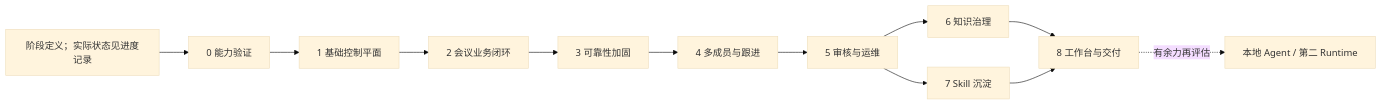
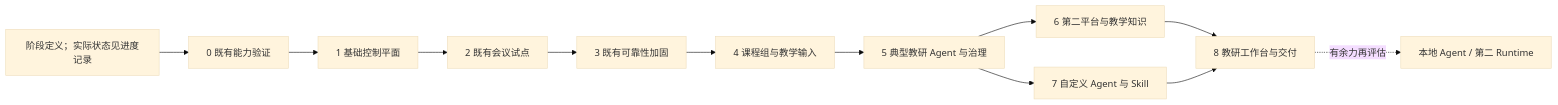
One commit to sixeat/FDE_Feisu_agents changed the fifth of 5 diagrams in docs/FDE-Agent-组织管理系统-计划书.md. Above: the diagram before and after it, drawn with Mermaid (base theme). The commit also changed other lines of this file and 2 other files, not shown here.

Commit message:
docs: pivot roadmap to teaching research agents

````diff
--- a/docs/FDE-Agent-组织管理系统-计划书.md
+++ b/docs/FDE-Agent-组织管理系统-计划书.md
@@ -1267,14 +1310,14 @@
 ```mermaid
 flowchart LR
-    D[阶段定义；实际状态见进度记录] --> V[0 能力验证]
+    D[阶段定义；实际状态见进度记录] --> V[0 既有能力验证]
     V --> C[1 基础控制平面]
-    C --> M[2 会议业务闭环]
-    M --> R[3 可靠性加固]
-    R --> P[4 多成员与跟进]
-    P --> G[5 审核与运维]
-    G --> K[6 知识治理]
-    G --> S[7 Skill 沉淀]
-    K --> H[8 工作台与交付]
+    C --> M[2 既有会议试点]
+    M --> R[3 既有可靠性加固]
+    R --> P[4 课程组与教学输入]
+    P --> G[5 典型教研 Agent 与治理]
+    G --> K[6 第二平台与教学知识]
+    G --> S[7 自定义 Agent 与 Skill]
+    K --> H[8 教研工作台与交付]
     S --> H
     H -.有余力再评估.-> X[本地 Agent / 第二 Runtime]
 ```
````
